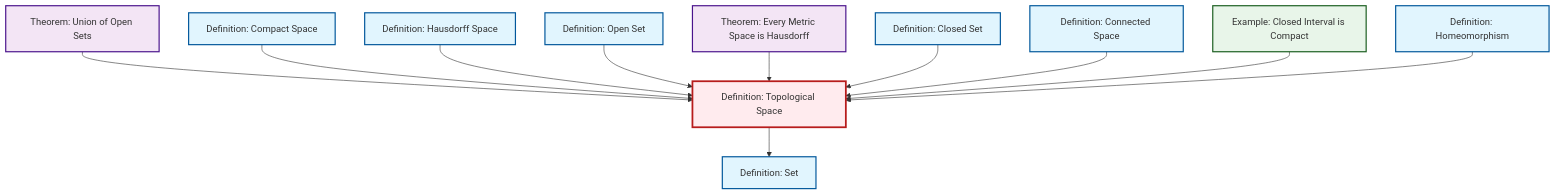
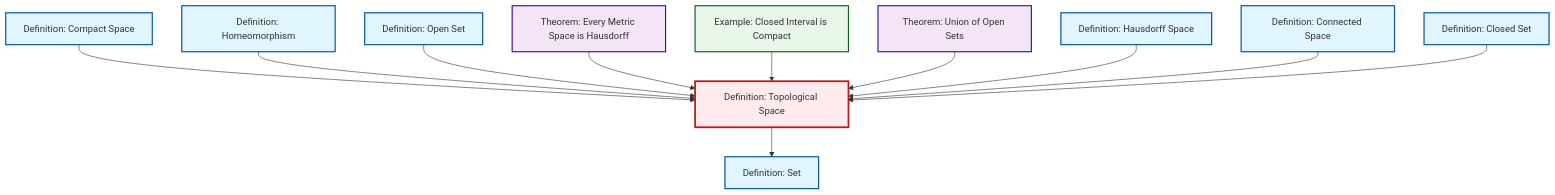
One commit to RK0429/ModernMath changed the diagram in content/en/topology/def-topological-space.qmd. Above: the diagram before and after it, drawn with Mermaid. The commit also changed other lines of this file and 634 other files, not shown here.

````diff
--- a/content/en/topology/def-topological-space.qmd
+++ b/content/en/topology/def-topological-space.qmd
@@ -59,41 +59,41 @@
 ```{mermaid}
 %%| fig-cap: "Local dependency graph"
 graph TD
     classDef definition fill:#e1f5fe,stroke:#01579b,stroke-width:2px
     classDef theorem fill:#f3e5f5,stroke:#4a148c,stroke-width:2px
     classDef axiom fill:#fff3e0,stroke:#e65100,stroke-width:2px
     classDef example fill:#e8f5e9,stroke:#1b5e20,stroke-width:2px
     classDef current fill:#ffebee,stroke:#b71c1c,stroke-width:3px
+    def-homeomorphism["Definition: Homeomorphism"]:::definition
     ex-closed-interval-compact["Example: Closed Interval is Compact"]:::example
+    def-hausdorff["Definition: Hausdorff Space"]:::definition
     def-compact["Definition: Compact Space"]:::definition
+    thm-metric-hausdorff["Theorem: Every Metric Space is Hausdorff"]:::theorem
+    def-topological-space["Definition: Topological Space"]:::definition
+    thm-union-open-sets["Theorem: Union of Open Sets"]:::theorem
+    def-set["Definition: Set"]:::definition
+    def-closed-set["Definition: Closed Set"]:::definition
     def-open-set["Definition: Open Set"]:::definition
-    def-set["Definition: Set"]:::definition
     def-connected["Definition: Connected Space"]:::definition
-    def-topological-space["Definition: Topological Space"]:::definition
-    def-closed-set["Definition: Closed Set"]:::definition
-    thm-union-open-sets["Theorem: Union of Open Sets"]:::theorem
-    def-homeomorphism["Definition: Homeomorphism"]:::definition
-    def-hausdorff["Definition: Hausdorff Space"]:::definition
-    thm-metric-hausdorff["Theorem: Every Metric Space is Hausdorff"]:::theorem
-    thm-union-open-sets --> def-topological-space
     def-topological-space --> def-set
     def-compact --> def-topological-space
-    def-hausdorff --> def-topological-space
+    def-homeomorphism --> def-topological-space
     def-open-set --> def-topological-space
     thm-metric-hausdorff --> def-topological-space
+    ex-closed-interval-compact --> def-topological-space
+    thm-union-open-sets --> def-topological-space
+    def-hausdorff --> def-topological-space
+    def-connected --> def-topological-space
     def-closed-set --> def-topological-space
-    def-connected --> def-topological-space
-    ex-closed-interval-compact --> def-topological-space
-    def-homeomorphism --> def-topological-space
     class def-topological-space current
+    click def-homeomorphism "def-homeomorphism.html" "Go to Homeomorphism definition"
     click ex-closed-interval-compact "ex-closed-interval-compact.html" "Go to Closed Interval is Compact example"
+    click def-hausdorff "def-hausdorff.html" "Go to Hausdorff Space definition"
     click def-compact "def-compact.html" "Go to Compact Space definition"
+    click thm-metric-hausdorff "thm-metric-hausdorff.html" "Go to Every Metric Space is Hausdorff theorem"
+    click thm-union-open-sets "thm-union-open-sets.html" "Go to Union of Open Sets theorem"
+    click def-set "def-set.html" "Go to Set definition"
+    click def-closed-set "def-closed-set.html" "Go to Closed Set definition"
     click def-open-set "def-open-set.html" "Go to Open Set definition"
-    click def-set "def-set.html" "Go to Set definition"
     click def-connected "def-connected.html" "Go to Connected Space definition"
-    click def-closed-set "def-closed-set.html" "Go to Closed Set definition"
-    click thm-union-open-sets "thm-union-open-sets.html" "Go to Union of Open Sets theorem"
-    click def-homeomorphism "def-homeomorphism.html" "Go to Homeomorphism definition"
-    click def-hausdorff "def-hausdorff.html" "Go to Hausdorff Space definition"
-    click thm-metric-hausdorff "thm-metric-hausdorff.html" "Go to Every Metric Space is Hausdorff theorem"
 ```
````
